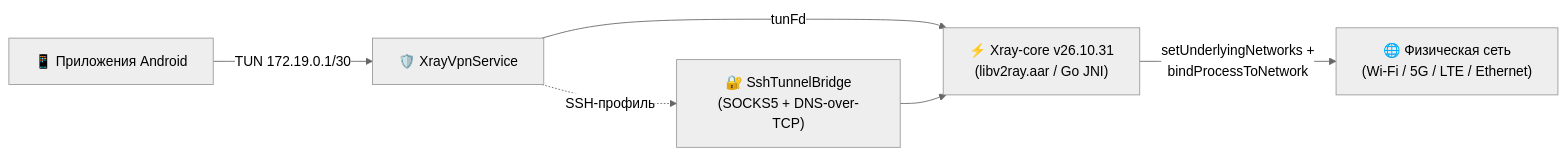
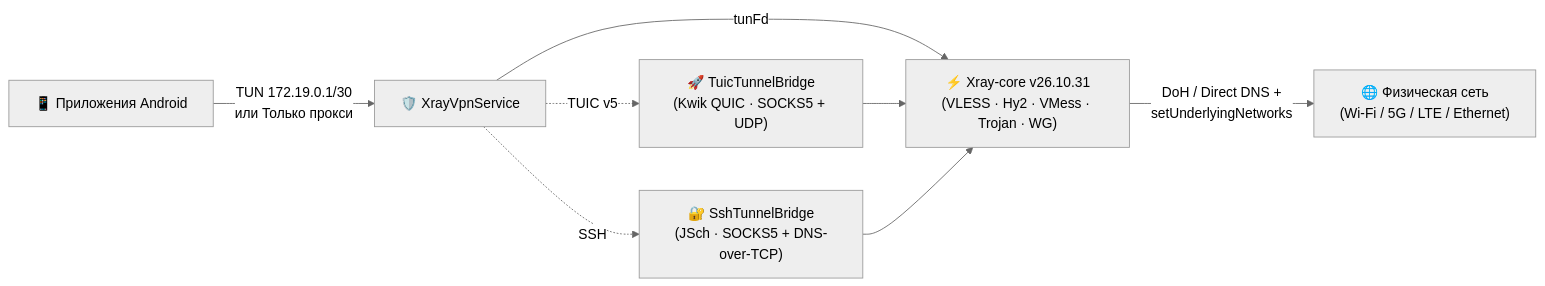
Before and after one commit to ecraft549-sudo/NekoXray: the diagram in README_RU.md, drawn with Mermaid (neutral theme). The commit also changed other lines of this file and 10 other files, not shown here.

````diff
--- a/README_RU.md
+++ b/README_RU.md
@@ -127,8 +130,10 @@
 ```mermaid
 flowchart LR
-    Apps["📱 Приложения Android"] -->|"TUN 172.19.0.1/30"| Vpn["🛡️ XrayVpnService"]
-    Vpn -->|"tunFd"| Xray["⚡ Xray-core v26.10.31\n(libv2ray.aar / Go JNI)"]
-    Vpn -.->|"SSH-профиль"| Ssh["🔐 SshTunnelBridge\n(SOCKS5 + DNS-over-TCP)"]
+    Apps["📱 Приложения Android"] -->|"TUN 172.19.0.1/30\nили Только прокси"| Vpn["🛡️ XrayVpnService"]
+    Vpn -->|"tunFd"| Xray["⚡ Xray-core v26.10.31\n(VLESS · Hy2 · VMess · Trojan · WG)"]
+    Vpn -.->|"TUIC v5"| Tuic["🚀 TuicTunnelBridge\n(Kwik QUIC · SOCKS5 + UDP)"]
+    Vpn -.->|"SSH"| Ssh["🔐 SshTunnelBridge\n(JSch · SOCKS5 + DNS-over-TCP)"]
+    Tuic --> Xray
     Ssh --> Xray
-    Xray -->|"setUnderlyingNetworks +\nbindProcessToNetwork"| Net["🌐 Физическая сеть\n(Wi-Fi / 5G / LTE / Ethernet)"]
+    Xray -->|"DoH / Direct DNS +\nsetUnderlyingNetworks"| Net["🌐 Физическая сеть\n(Wi-Fi / 5G / LTE / Ethernet)"]
 ```
````
